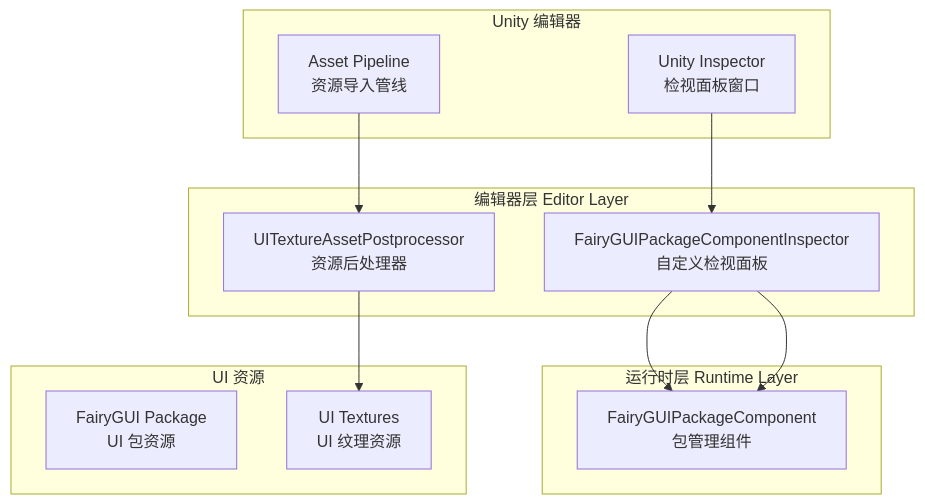
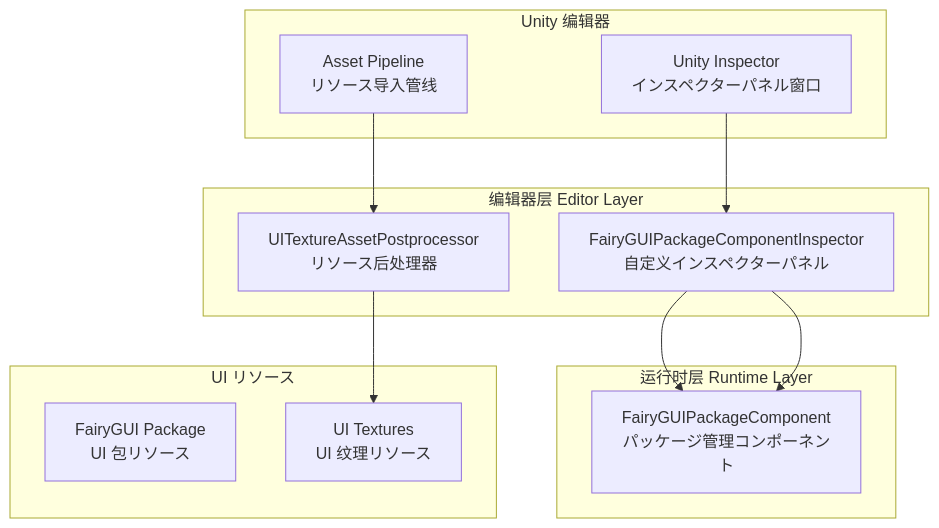
Before and after one commit to AlianBlank/GameFrameX.Docs: the first of 2 diagrams in docs/ja/client/unity/component/ui-fairygui/14.editor-config.md, drawn with Mermaid. The commit also changed other lines of this file and 603 other files, not shown here.

````diff
--- a/docs/ja/client/unity/component/ui-fairygui/14.editor-config.md
+++ b/docs/ja/client/unity/component/ui-fairygui/14.editor-config.md
@@ -16,27 +16,27 @@
 ```mermaid
 graph TD
     subgraph Editor["编辑器层 Editor Layer"]
-        Inspector["FairyGUIPackageComponentInspector<br/>自定义检视面板"]
-        Postprocessor["UITextureAssetPostprocessor<br/>资源后处理器"]
+        Inspector["FairyGUIPackageComponentInspector<br/>自定义インスペクターパネル"]
+        Postprocessor["UITextureAssetPostprocessor<br/>リソース后处理器"]
     end
 
     subgraph Runtime["运行时层 Runtime Layer"]
-        PackageComponent["FairyGUIPackageComponent<br/>包管理组件"]
+        PackageComponent["FairyGUIPackageComponent<br/>パッケージ管理コンポーネント"]
     end
 
     subgraph UnityEditor["Unity 编辑器"]
-        UnityInspector["Unity Inspector<br/>检视面板窗口"]
-        AssetPipeline["Asset Pipeline<br/>资源导入管线"]
+        UnityInspector["Unity Inspector<br/>インスペクターパネル窗口"]
+        AssetPipeline["Asset Pipeline<br/>リソース导入管线"]
     end
 
-    subgraph UIAssets["UI 资源"]
-        Package["FairyGUI Package<br/>UI 包资源"]
-        Textures["UI Textures<br/>UI 纹理资源"]
+    subgraph UIAssets["UI リソース"]
+        Package["FairyGUI Package<br/>UI 包リソース"]
+        Textures["UI Textures<br/>UI 纹理リソース"]
     end
 
     Inspector --> PackageComponent
     UnityInspector --> Inspector
     Inspector --> PackageComponent
     Postprocessor --> Textures
     AssetPipeline --> Postprocessor
 ```
````
